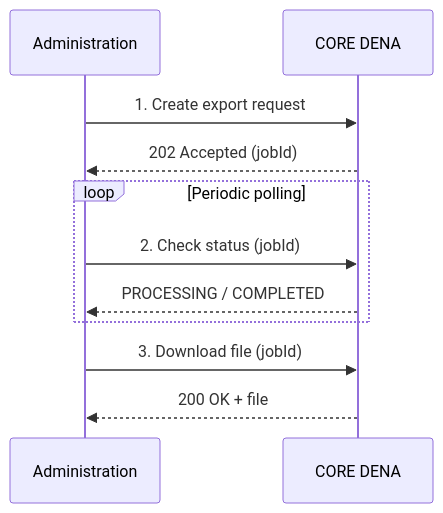
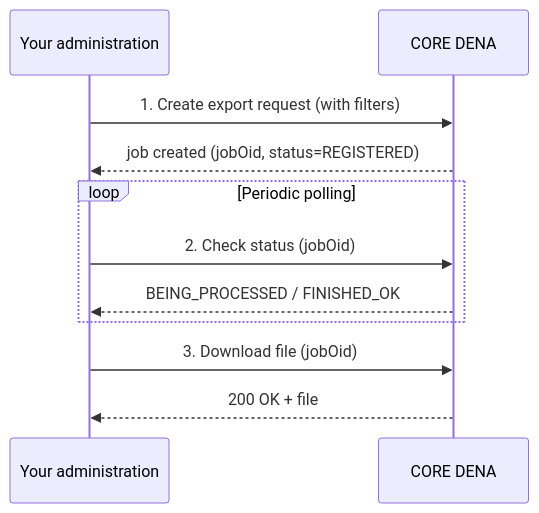
One commit to DENA-Euskadi/dena-euskadi.github.io changed the second of 2 diagrams in docs/semantica/person-sync/pull.en.md. Above: the diagram before and after it, drawn with Mermaid. The commit also changed other lines of this file and 52 other files, not shown here.

````diff
--- a/docs/semantica/person-sync/pull.en.md
+++ b/docs/semantica/person-sync/pull.en.md
@@ -19,16 +60,16 @@
 ``` mermaid
 sequenceDiagram
-    participant Admin as Administration
+    participant Admin as Your administration
     participant DENA as CORE DENA
 
-    Admin->>DENA: 1. Create export request
-    DENA-->>Admin: 202 Accepted (jobId)
+    Admin->>DENA: 1. Create export request (with filters)
+    DENA-->>Admin: job created (jobOid, status=REGISTERED)
 
     loop Periodic polling
-        Admin->>DENA: 2. Check status (jobId)
-        DENA-->>Admin: PROCESSING / COMPLETED
+        Admin->>DENA: 2. Check status (jobOid)
+        DENA-->>Admin: BEING_PROCESSED / FINISHED_OK
     end
 
-    Admin->>DENA: 3. Download file (jobId)
+    Admin->>DENA: 3. Download file (jobOid)
     DENA-->>Admin: 200 OK + file
 ```
````
